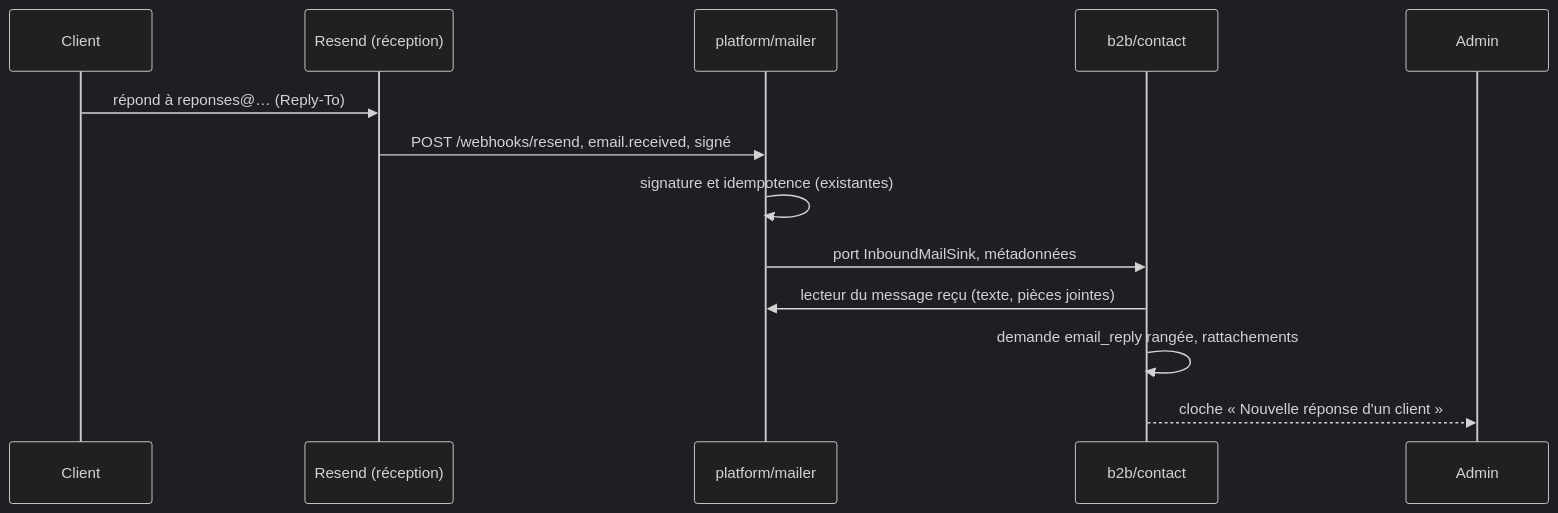
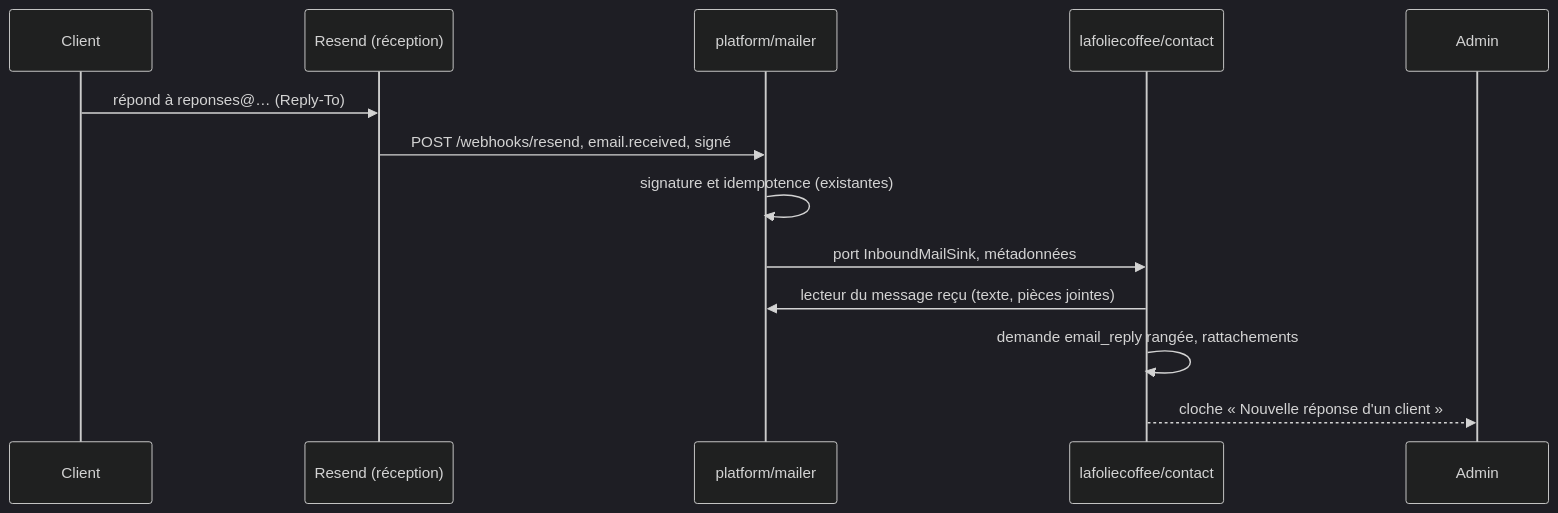
Before and after one commit to hugoheynard/lfd: the diagram in documentation/demandes-client/plan-reponses-par-e-mail.md, drawn with Mermaid (dark theme). The commit also changed other lines of this file and 6369 other files, not shown here.

````diff
--- a/documentation/demandes-client/plan-reponses-par-e-mail.md
+++ b/documentation/demandes-client/plan-reponses-par-e-mail.md
@@ -78,15 +78,15 @@
 ```mermaid
 sequenceDiagram
     participant C as Client
     participant R as Resend (réception)
     participant P as platform/mailer
-    participant B as b2b/contact
+    participant B as lafoliecoffee/contact
     participant A as Admin
     C->>R: répond à reponses@… (Reply-To)
     R->>P: POST /webhooks/resend, email.received, signé
     P->>P: signature et idempotence (existantes)
     P->>B: port InboundMailSink, métadonnées
     B->>P: lecteur du message reçu (texte, pièces jointes)
     B->>B: demande email_reply rangée, rattachements
     B-->>A: cloche « Nouvelle réponse d'un client »
 ```
````
